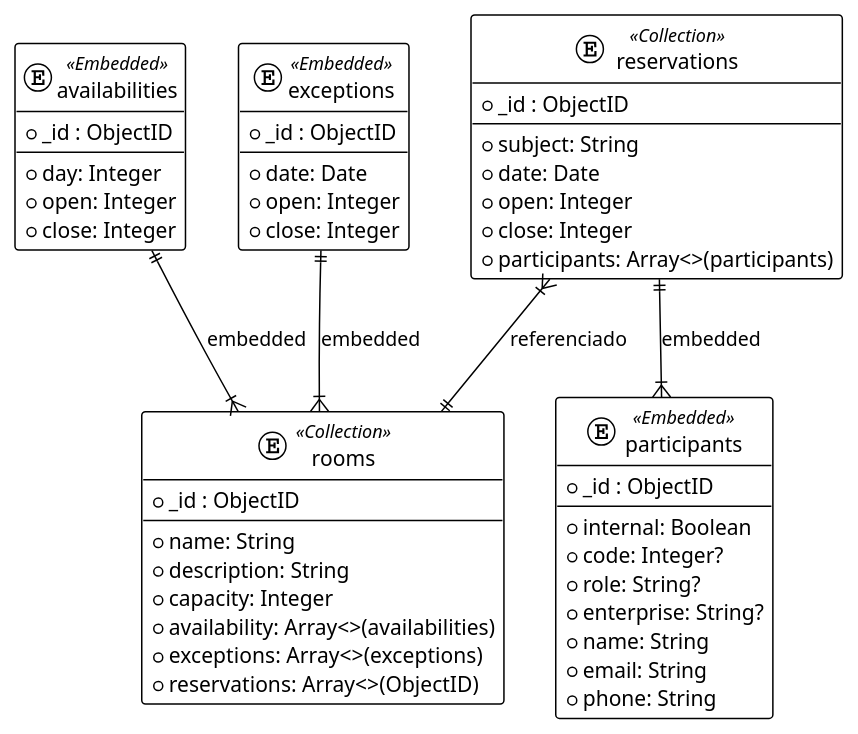
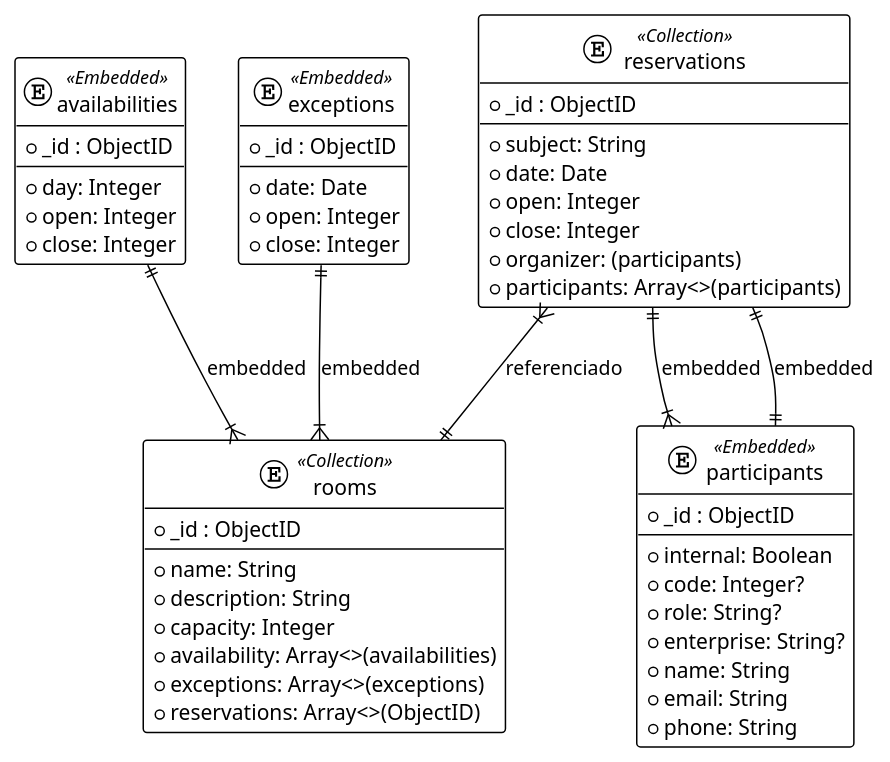
Before and after one commit to pepeul1191/booking-koa-svelte-mongodb: the diagram in docs/booking.puml, drawn with PlantUML. The commit also changed 14 other files, not shown here.

```diff
--- a/docs/booking.puml
+++ b/docs/booking.puml
@@ -1,59 +1,61 @@
 @startuml
 !theme plain
 
 entity "rooms" <<Collection>> {
   * _id : ObjectID
   --
   * name: String
   * description: String
   * capacity: Integer
   * availability: Array<>(availabilities)
   * exceptions: Array<>(exceptions)
   * reservations: Array<>(ObjectID)
 }
 
 entity "availabilities" <<Embedded>> {
   * _id : ObjectID
   --
   * day: Integer
   * open: Integer
   * close: Integer
 }
 ' day: 0 (Sunday) - 6 (Saturday)
 ' open/close 08:00 (480 min) - 18:00 (1080 min)
 entity "exceptions" <<Embedded>> {
   * _id : ObjectID
   --
   * date: Date
   * open: Integer
   * close: Integer
 }
 
 entity "reservations" <<Collection>> {
   * _id : ObjectID
   --
   * subject: String
   * date: Date
   * open: Integer
   * close: Integer
+  * organizer: (participants)
   * participants: Array<>(participants)
 }
 
 entity "participants" <<Embedded>> {
   * _id : ObjectID
   --
   * internal: Boolean
   * code: Integer?
   * role: String?
   * enterprise: String?
   * name: String
   * email: String
   * phone: String
 }
 
 availabilities ||--|{ rooms : embedded
 exceptions ||--|{ rooms : embedded
 reservations }|--|| rooms : referenciado
 reservations ||--|{ participants : embedded
+reservations ||--|| participants : embedded
 
 @enduml
```
